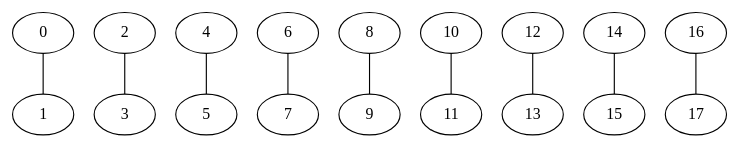
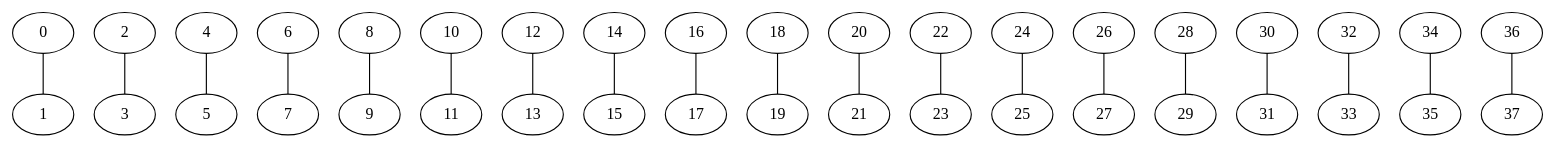
One commit to gabmartinbr/CyA_practicas changed the diagram in p11_greedy/data/output.dot. Above: the diagram before and after it, drawn with Graphviz. The commit also changed 12 other files, not shown here.

```diff
--- a/p11_greedy/data/output.dot
+++ b/p11_greedy/data/output.dot
@@ -1,29 +1,59 @@
 graph {
-  0 [pos = "68,-21!"]
-  1 [pos = "82,-60!"]
+  0 [pos = "82,-60!"]
+  1 [pos = "100,-56!"]
   0 -- 1
-  2 [pos = "-44,11!"]
-  3 [pos = "-27,3!"]
+  2 [pos = "68,-21!"]
+  3 [pos = "82,-60!"]
   2 -- 3
-  4 [pos = "-44,11!"]
-  5 [pos = "-72,21!"]
+  4 [pos = "-97,-51!"]
+  5 [pos = "-74,-78!"]
   4 -- 5
-  6 [pos = "-5,26!"]
-  7 [pos = "-27,3!"]
+  6 [pos = "-33,54!"]
+  7 [pos = "-41,54!"]
   6 -- 7
-  8 [pos = "57,60!"]
-  9 [pos = "27,43!"]
+  8 [pos = "-73,61!"]
+  9 [pos = "-41,54!"]
   8 -- 9
-  10 [pos = "-5,26!"]
-  11 [pos = "27,43!"]
+  10 [pos = "-44,11!"]
+  11 [pos = "-27,3!"]
   10 -- 11
-  12 [pos = "-33,54!"]
-  13 [pos = "-5,26!"]
+  12 [pos = "-44,11!"]
+  13 [pos = "-72,21!"]
   12 -- 13
-  14 [pos = "57,60!"]
-  15 [pos = "90,83!"]
+  14 [pos = "-5,26!"]
+  15 [pos = "-27,3!"]
   14 -- 15
-  16 [pos = "68,-21!"]
+  16 [pos = "57,60!"]
   17 [pos = "27,43!"]
   16 -- 17
+  18 [pos = "3,68!"]
+  19 [pos = "-1,95!"]
+  18 -- 19
+  20 [pos = "27,43!"]
+  21 [pos = "3,68!"]
+  20 -- 21
+  22 [pos = "-5,26!"]
+  23 [pos = "27,43!"]
+  22 -- 23
+  24 [pos = "27,43!"]
+  25 [pos = "28,5!"]
+  24 -- 25
+  26 [pos = "-33,54!"]
+  27 [pos = "3,68!"]
+  26 -- 27
+  28 [pos = "-44,11!"]
+  29 [pos = "-69,-20!"]
+  28 -- 29
+  30 [pos = "57,60!"]
+  31 [pos = "90,83!"]
+  30 -- 31
+  32 [pos = "-97,-51!"]
+  33 [pos = "-69,-20!"]
+  32 -- 33
+  34 [pos = "23,-41!"]
+  35 [pos = "28,5!"]
+  34 -- 35
+  36 [pos = "68,-21!"]
+  37 [pos = "28,5!"]
+  36 -- 37
 }
```
